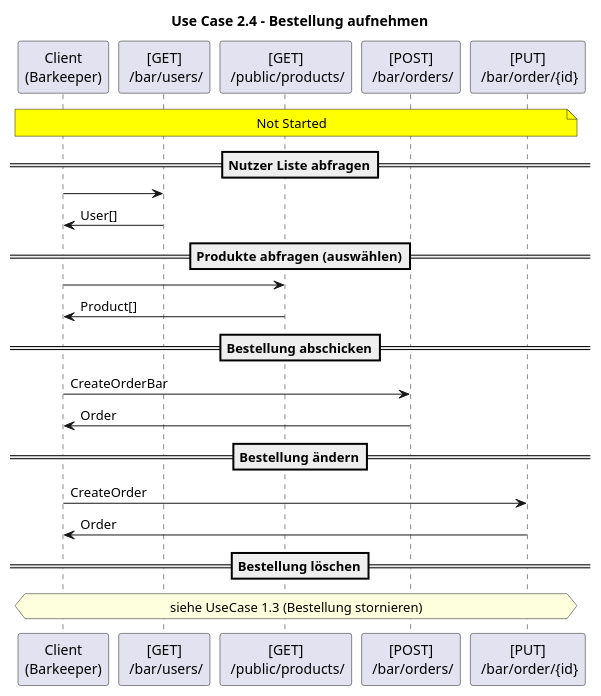
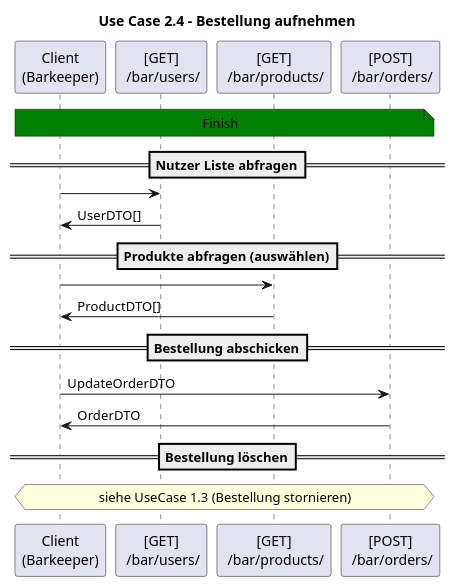
One commit to Mankianer/TresenSystem changed the fourth of 4 diagrams in docs/api-sequence-diagram/UseCase/Use-Case_2.puml. Above: the diagram before and after it, drawn with PlantUML. The commit also changed other lines of this file and 4 other files, not shown here.

```diff
--- a/docs/api-sequence-diagram/UseCase/Use-Case_2.puml
+++ b/docs/api-sequence-diagram/UseCase/Use-Case_2.puml
@@ -32,23 +32,19 @@
 @startuml
 title Use Case 2.4 - Bestellung aufnehmen
-note across #yellow: Not Started
+note across #green: Finish
 
 ==Nutzer Liste abfragen==
 "Client\n(Barkeeper)" -> "[GET]\n /bar/users/":
-"Client\n(Barkeeper)" <- "[GET]\n /bar/users/": User[]
+"Client\n(Barkeeper)" <- "[GET]\n /bar/users/": UserDTO[]
 
 ==Produkte abfragen (auswählen)==
-"Client\n(Barkeeper)" -> "[GET]\n /public/products/":
-"Client\n(Barkeeper)" <- "[GET]\n /public/products/": Product[]
+"Client\n(Barkeeper)" -> "[GET]\n /bar/products/":
+"Client\n(Barkeeper)" <- "[GET]\n /bar/products/": ProductDTO[]
 
 ==Bestellung abschicken==
-"Client\n(Barkeeper)" -> "[POST]\n /bar/orders/": CreateOrderBar
-"Client\n(Barkeeper)" <- "[POST]\n /bar/orders/": Order
-
-==Bestellung ändern==
-"Client\n(Barkeeper)" -> "[PUT]\n /bar/order/{id}": CreateOrder
-"Client\n(Barkeeper)" <- "[PUT]\n /bar/order/{id}": Order
+"Client\n(Barkeeper)" -> "[POST]\n /bar/orders/": UpdateOrderDTO
+"Client\n(Barkeeper)" <- "[POST]\n /bar/orders/": OrderDTO
 
 ==Bestellung löschen==
 hnote across: siehe UseCase 1.3 (Bestellung stornieren)
 @enduml
```
